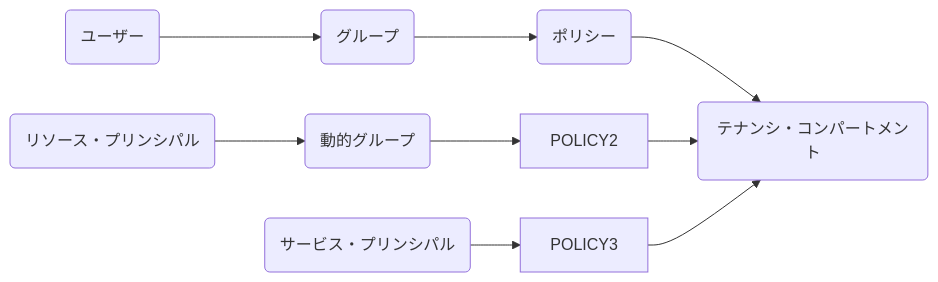
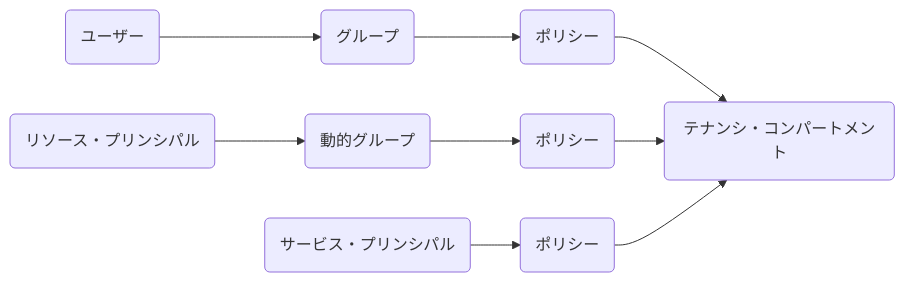
One commit to nonsugar-go/study changed the third of 3 diagrams in cloud-computing/oci/iam.md. Above: the diagram before and after it, drawn with Mermaid.

````diff
--- a/cloud-computing/oci/iam.md
+++ b/cloud-computing/oci/iam.md
@@ -154,7 +154,7 @@
 ```mermaid
 flowchart LR
 
 USER(ユーザー) --> GROUP(グループ) --> POLICY1(ポリシー) --> TENANCY(テナンシ・コンパートメント)
-RESOURCE(リソース・プリンシパル) --> DGROUP(動的グループ) --> POLICY2 --> TENANCY
-SERVIE(サービス・プリンシパル) --> POLICY3 --> TENANCY
+RESOURCE(リソース・プリンシパル) --> DGROUP(動的グループ) --> POLICY2(ポリシー) --> TENANCY
+SERVIE(サービス・プリンシパル) --> POLICY3(ポリシー) --> TENANCY
 ```
````
